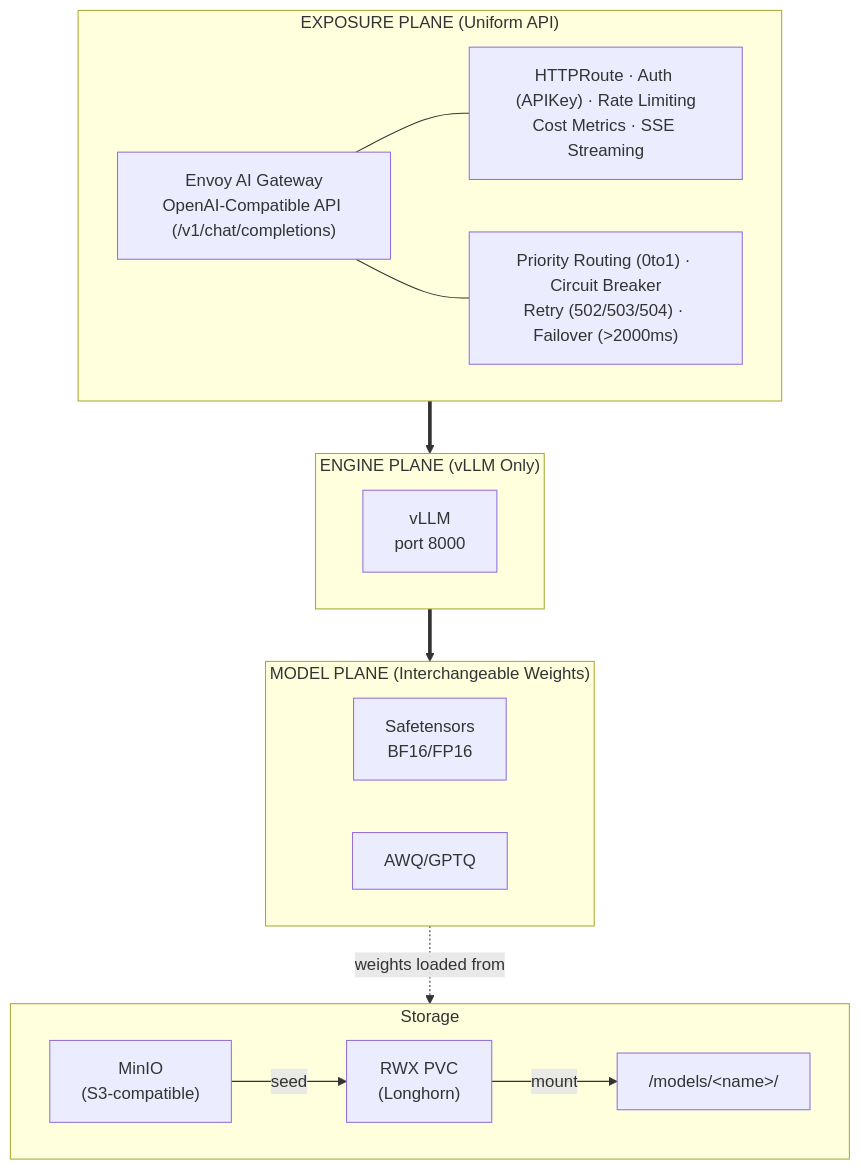
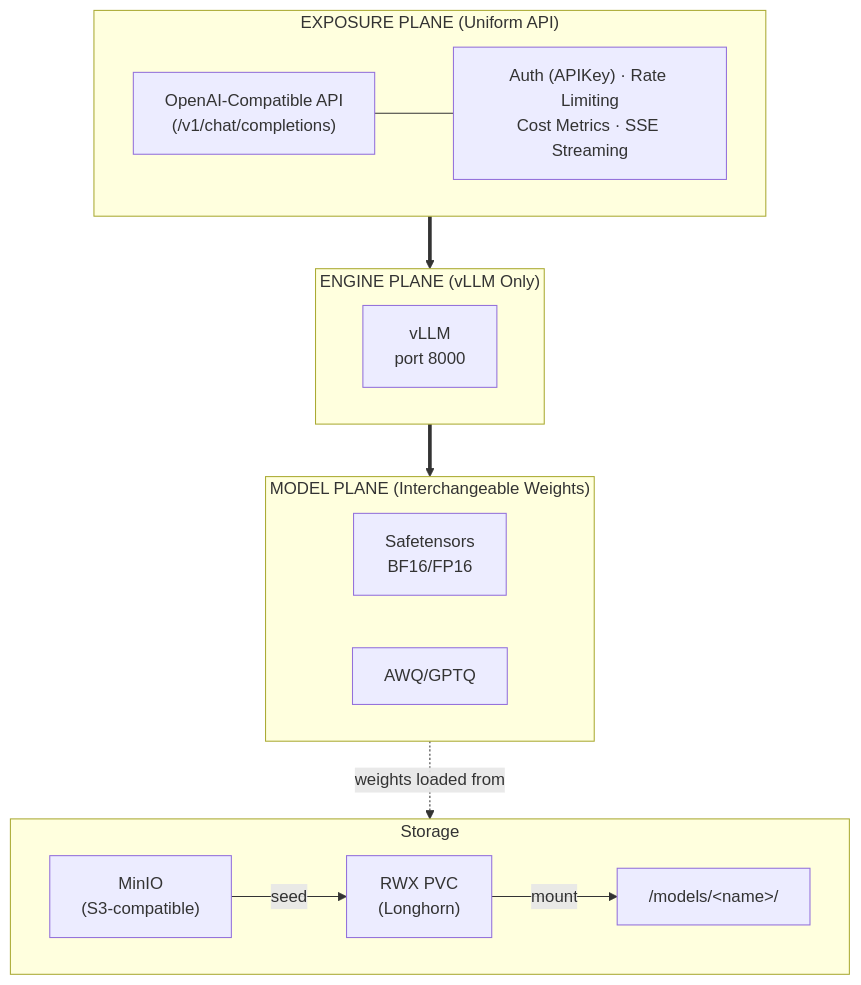
One commit to ADORSYS-GIS/Custom-Ai-Ops changed the first of 7 diagrams in README.md. Above: the diagram before and after it, drawn with Mermaid. The commit also changed other lines of this file and 111 other files, not shown here.

````diff
--- a/README.md
+++ b/README.md
@@ -123,31 +136,29 @@
 ```mermaid
 graph TB
     subgraph Exposure["EXPOSURE PLANE (Uniform API)"]
-        GW["Envoy AI Gateway<br/>OpenAI-Compatible API (/v1/chat/completions)"]
-        GW_FEAT["HTTPRoute · Auth (APIKey) · Rate Limiting<br/>Cost Metrics · SSE Streaming"]
-        GW_RESIL["Priority Routing (0to1) · Circuit Breaker<br/>Retry (502/503/504) · Failover (>2000ms)"]
-        GW --- GW_FEAT
-        GW --- GW_RESIL
+        API["OpenAI-Compatible API<br/>(/v1/chat/completions)"]
+        API_FEAT["Auth (APIKey) · Rate Limiting<br/>Cost Metrics · SSE Streaming"]
+        API --- API_FEAT
     end
 
     subgraph Engine["ENGINE PLANE (vLLM Only)"]
         VLLM["vLLM<br/>port 8000"]
     end
 
     subgraph Model["MODEL PLANE (Interchangeable Weights)"]
         SAFE["Safetensors<br/>BF16/FP16"]
         AWQ["AWQ/GPTQ"]
     end
 
     subgraph Storage["Storage"]
         MINIO["MinIO<br/>(S3-compatible)"]
         PVC["RWX PVC<br/>(Longhorn)"]
         MOUNT["/models/&lt;name&gt;/"]
         MINIO -->|seed| PVC
         PVC -->|mount| MOUNT
     end
 
     Exposure ==> Engine
     Engine ==> Model
     Model -.->|weights loaded from| Storage
 ```
````
